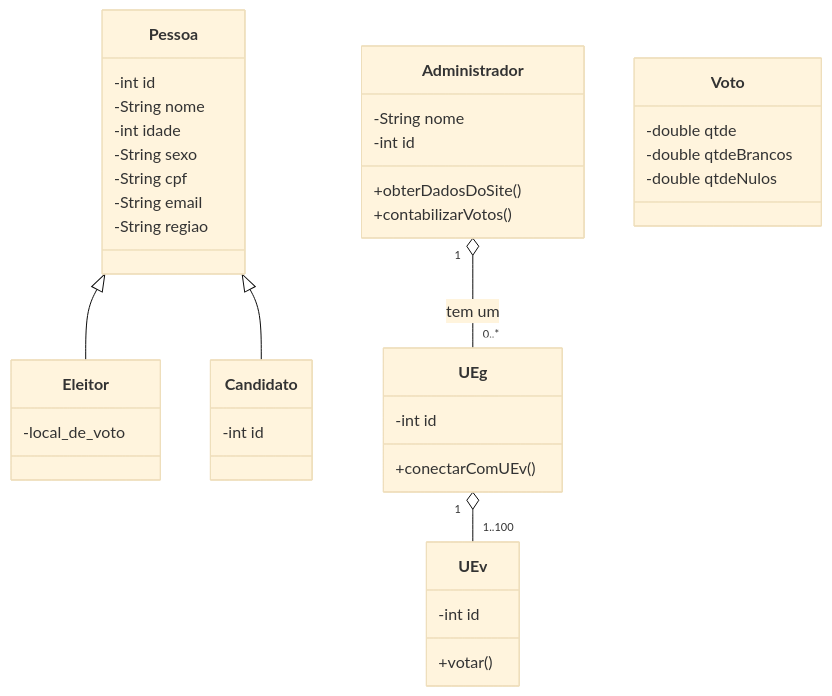
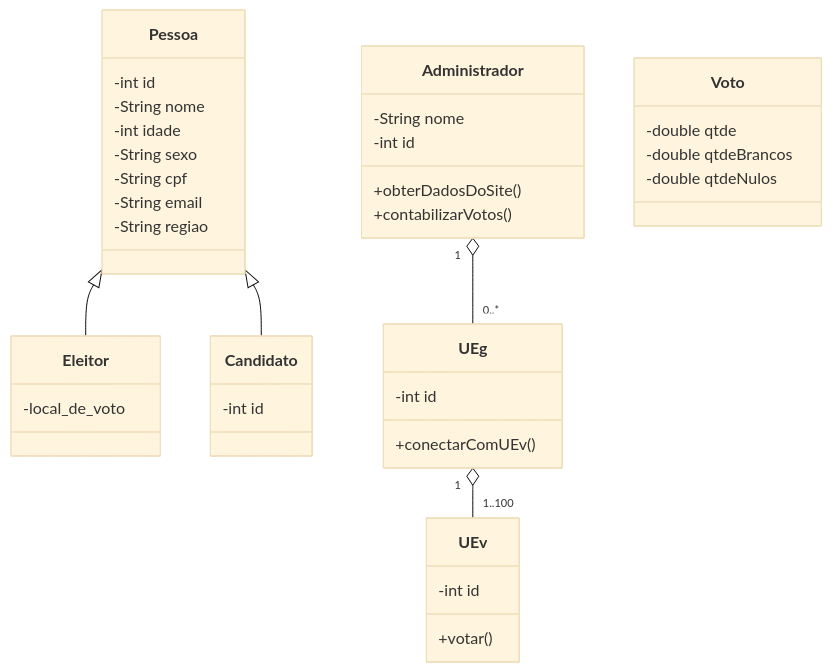
The diagram in Diagrama De Classes.md (HenriqueFinatti/Modelagem-De-Software-Orientado-a-Objetos), drawn with Mermaid (base theme) before and after one commit.

Commit message:
Update Diagrama De Classes.md

````diff
--- a/Diagrama De Classes.md
+++ b/Diagrama De Classes.md
@@ -3,46 +3,46 @@
 ```mermaid
 classDiagram
 Pessoa <|-- Eleitor
 Pessoa <|-- Candidato
 Pessoa: -int id
 Pessoa: -String nome
 Pessoa: -int idade
 Pessoa: -String sexo
 Pessoa: -String cpf
 Pessoa: -String email
 Pessoa: -String regiao
 
 Eleitor: -local_de_voto
 
 class Candidato{
   -int id
 }
 
 class UEg{
   -int id
   +conectarComUEv()
 }
 
 class UEv{
   -int id
   +votar()
 }
 
 class Administrador{
   -String nome
   -int id
  +obterDadosDoSite()
  +contabilizarVotos()
 
 }
 
 class Voto{
   -double qtde
   -double qtdeBrancos
   -double qtdeNulos
 }
 
-Administrador "1" o-- "0..*" UEg : tem um
+Administrador "1" o-- "0..*" UEg
 UEg "1" o-- "1..100" UEv
 
 ```
````
